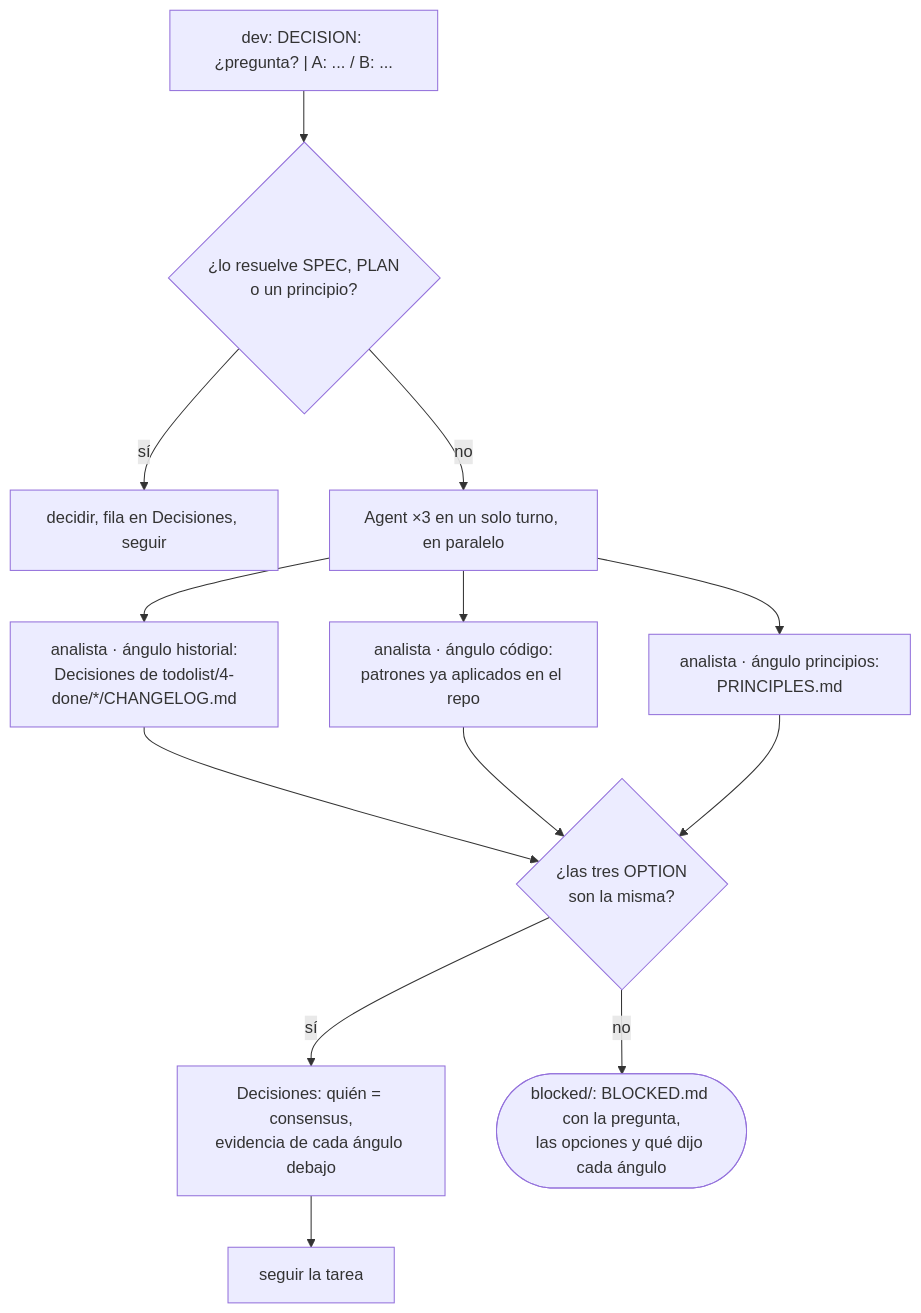
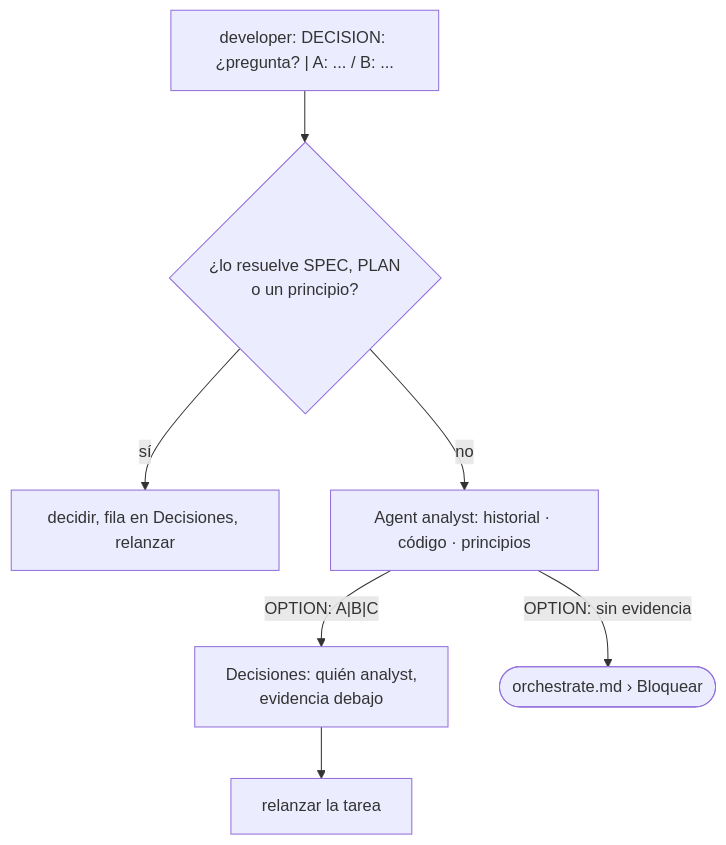
The diagram in skills/workflow/references/consensus.md (octavio-parozlabs/mindstack), drawn with Mermaid before and after one commit. The commit also changed other lines of this file and 63 other files, not shown here.

````diff
--- a/skills/workflow/references/consensus.md
+++ b/skills/workflow/references/consensus.md
@@ -5,12 +5,8 @@
 ```mermaid
 flowchart TD
-    D["dev: DECISION: ¿pregunta? | A: ... / B: ..."] --> S{¿lo resuelve SPEC, PLAN\no un principio?}
-    S -- sí --> R[decidir, fila en Decisiones, seguir]
-    S -- no --> X[Agent ×3 en un solo turno, en paralelo]
-    X --> H[analista · ángulo historial:\nDecisiones de todolist/4-done/*/CHANGELOG.md]
-    X --> C[analista · ángulo código:\npatrones ya aplicados en el repo]
-    X --> P[analista · ángulo principios:\nPRINCIPLES.md]
-    H & C & P --> V{¿las tres OPTION\nson la misma?}
-    V -- sí --> OK[Decisiones: quién = consensus,\nevidencia de cada ángulo debajo] --> SIGUE[seguir la tarea]
-    V -- no --> U([blocked/: BLOCKED.md con la pregunta,\nlas opciones y qué dijo cada ángulo])
+    D["developer: DECISION: ¿pregunta? | A: ... / B: ..."] --> S{¿lo resuelve SPEC, PLAN<br/>o un principio?}
+    S -- sí --> R[decidir, fila en Decisiones, relanzar]
+    S -- no --> A["Agent analyst: historial · código · principios"]
+    A -- "OPTION: A|B|C" --> OK["Decisiones: quién analyst,<br/>evidencia debajo"] --> SIGUE[relanzar la tarea]
+    A -- "OPTION: sin evidencia" --> BL([orchestrate.md › Bloquear])
 ```
````
